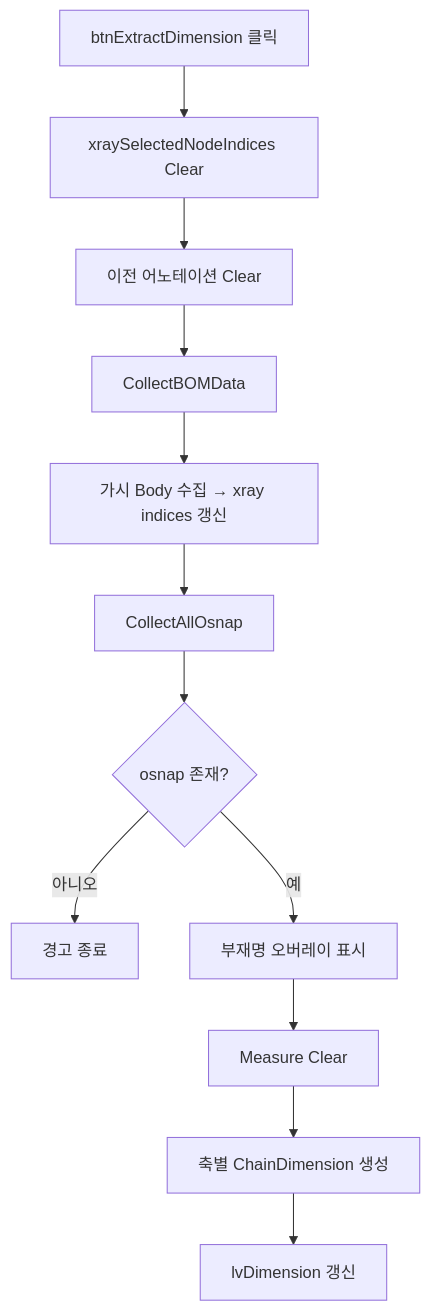
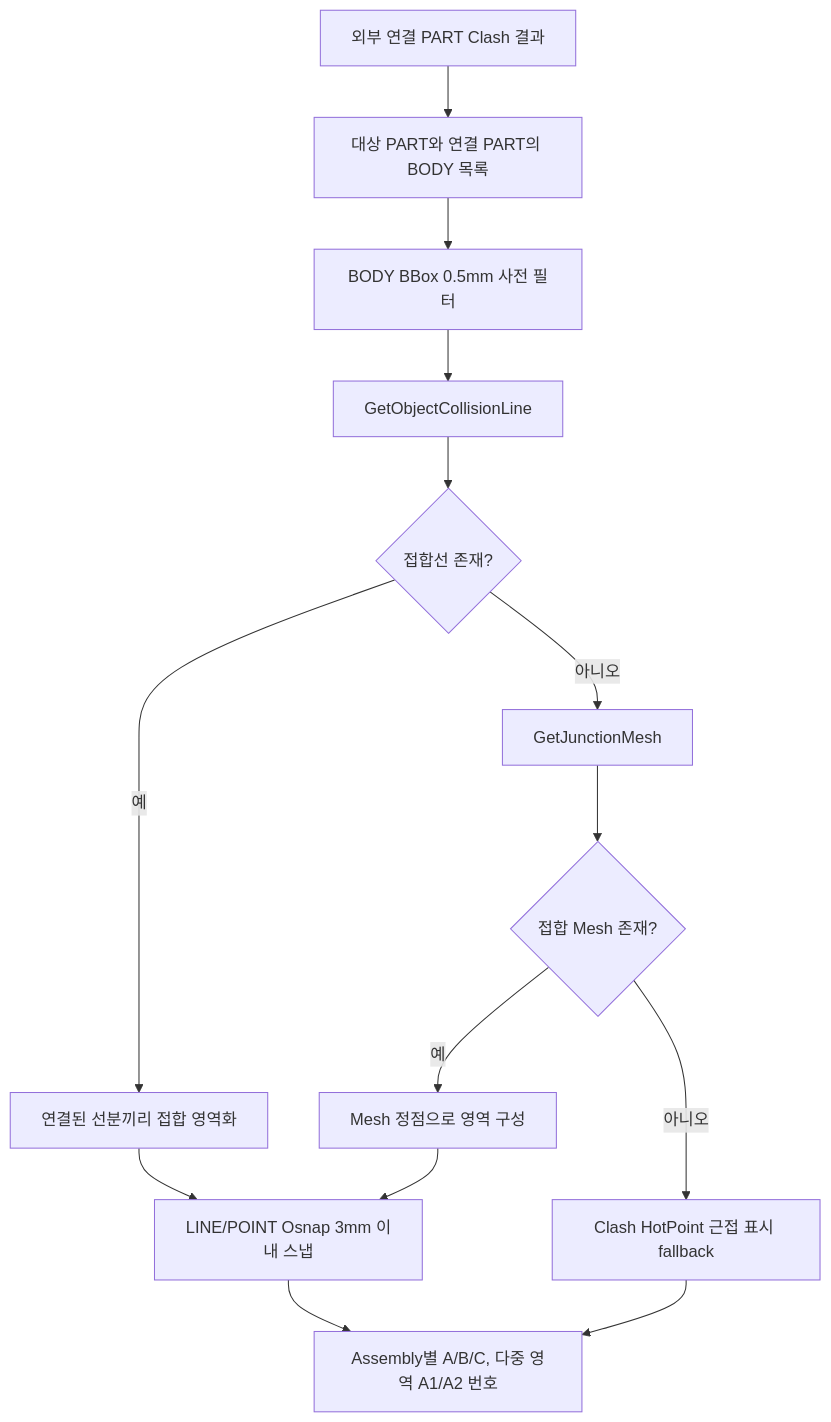
The diagram in docs/기능/치수/설치도 치수 추출.md (uuuuj/a2z), drawn with Mermaid before and after one commit. The commit also changed other lines of this file and 6 other files, not shown here.

````diff
--- a/docs/기능/치수/설치도 치수 추출.md
+++ b/docs/기능/치수/설치도 치수 추출.md
@@ -29,14 +24,16 @@
 ```mermaid
 flowchart TD
-    A[btnExtractDimension 클릭] --> B[xraySelectedNodeIndices Clear]
-    B --> C[이전 어노테이션 Clear]
-    C --> D[CollectBOMData]
-    D --> E[가시 Body 수집 → xray indices 갱신]
-    E --> F[CollectAllOsnap]
-    F --> G{osnap 존재?}
-    G -- 아니오 --> E01[경고 종료]
-    G -- 예 --> H[부재명 오버레이 표시]
-    H --> I[Measure Clear]
-    I --> J[축별 ChainDimension 생성]
-    J --> K[lvDimension 갱신]
+    A[외부 연결 PART Clash 결과] --> B[대상 PART와 연결 PART의 BODY 목록]
+    B --> C[BODY BBox 0.5mm 사전 필터]
+    C --> D[GetObjectCollisionLine]
+    D --> E{접합선 존재?}
+    E -- 예 --> F[연결된 선분끼리 접합 영역화]
+    E -- 아니오 --> G[GetJunctionMesh]
+    G --> H{접합 Mesh 존재?}
+    H -- 예 --> I[Mesh 정점으로 영역 구성]
+    H -- 아니오 --> J[Clash HotPoint 근접 표시 fallback]
+    F --> K[LINE/POINT Osnap 3mm 이내 스냅]
+    I --> K
+    K --> L[Assembly별 A/B/C, 다중 영역 A1/A2 번호]
+    J --> L
 ```
````
